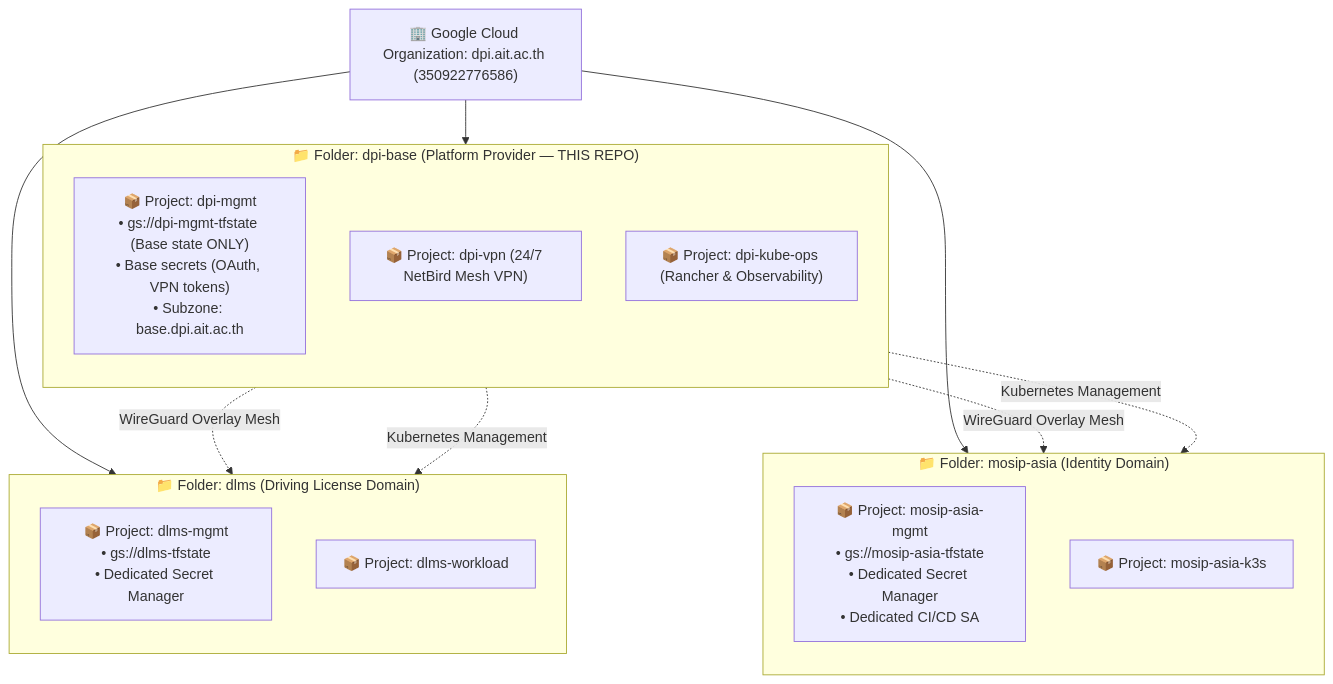
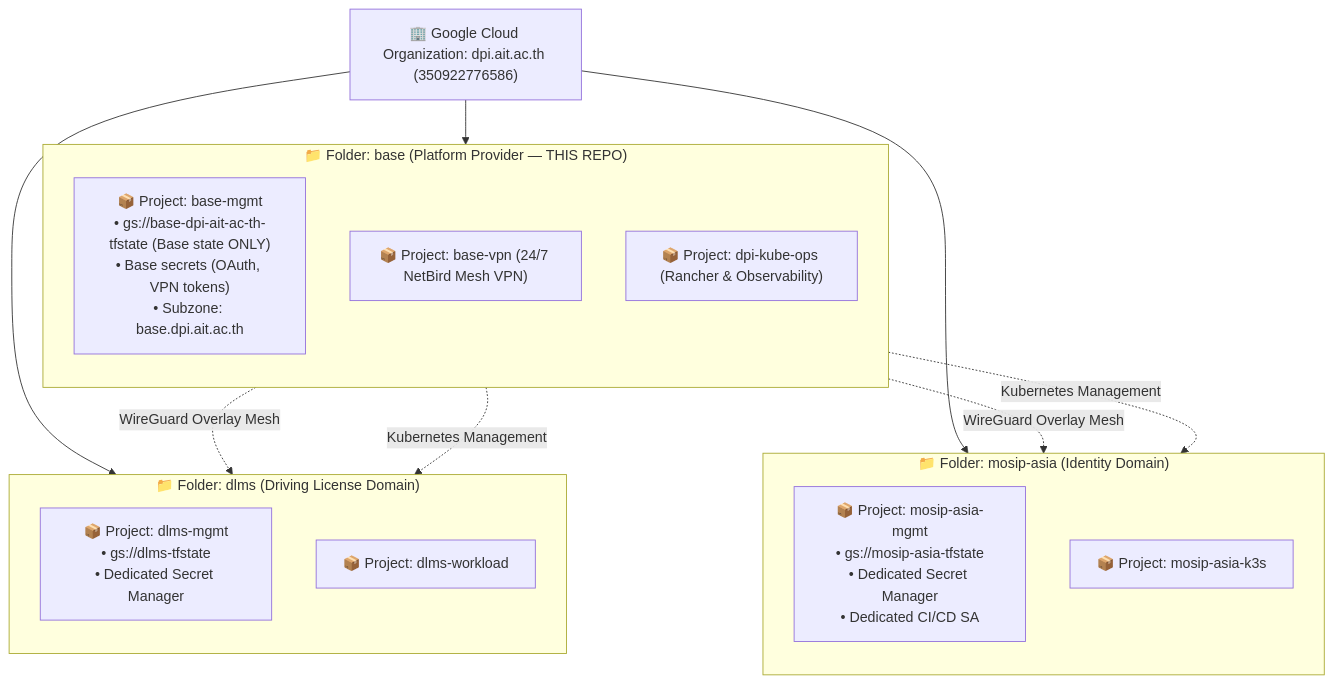
One commit to mosip-asia/dpi-base changed the diagram in README.md. Above: the diagram before and after it, drawn with Mermaid. The commit also changed other lines of this file and 18 other files, not shown here.

Commit message:
refactor: rename dpi-mgmt and dpi-vpn to base-mgmt and base-vpn, remove dns-backups

````diff
--- a/README.md
+++ b/README.md
@@ -25,32 +25,32 @@
 ```mermaid
 flowchart TD
     ORG["🏢 Google Cloud Organization: dpi.ait.ac.th (350922776586)"]
 
-    subgraph FOLDER_BASE ["📁 Folder: dpi-base (Platform Provider — THIS REPO)"]
+    subgraph FOLDER_BASE ["📁 Folder: base (Platform Provider — THIS REPO)"]
         direction TB
-        P_MGMT["📦 Project: dpi-mgmt<br/>• gs://dpi-mgmt-tfstate (Base state ONLY)<br/>• Base secrets (OAuth, VPN tokens)<br/>• Subzone: base.dpi.ait.ac.th"]
-        P_VPN["📦 Project: dpi-vpn (24/7 NetBird Mesh VPN)"]
+        P_MGMT["📦 Project: base-mgmt<br/>• gs://base-dpi-ait-ac-th-tfstate (Base state ONLY)<br/>• Base secrets (OAuth, VPN tokens)<br/>• Subzone: base.dpi.ait.ac.th"]
+        P_VPN["📦 Project: base-vpn (24/7 NetBird Mesh VPN)"]
         P_KUBE["📦 Project: dpi-kube-ops (Rancher & Observability)"]
     end
 
     subgraph FOLDER_MOSIP ["📁 Folder: mosip-asia (Identity Domain)"]
         direction TB
         M_MGMT["📦 Project: mosip-asia-mgmt<br/>• gs://mosip-asia-tfstate<br/>• Dedicated Secret Manager<br/>• Dedicated CI/CD SA"]
         M_WORK["📦 Project: mosip-asia-k3s"]
     end
 
     subgraph FOLDER_DLMS ["📁 Folder: dlms (Driving License Domain)"]
         direction TB
         D_MGMT["📦 Project: dlms-mgmt<br/>• gs://dlms-tfstate<br/>• Dedicated Secret Manager"]
         D_WORK["📦 Project: dlms-workload"]
     end
 
     ORG --> FOLDER_BASE
     ORG --> FOLDER_MOSIP
     ORG --> FOLDER_DLMS
 
     P_VPN -.->|WireGuard Overlay Mesh| M_WORK
     P_VPN -.->|WireGuard Overlay Mesh| D_WORK
     P_KUBE -.->|Kubernetes Management| M_WORK
     P_KUBE -.->|Kubernetes Management| D_WORK
 ```
````
